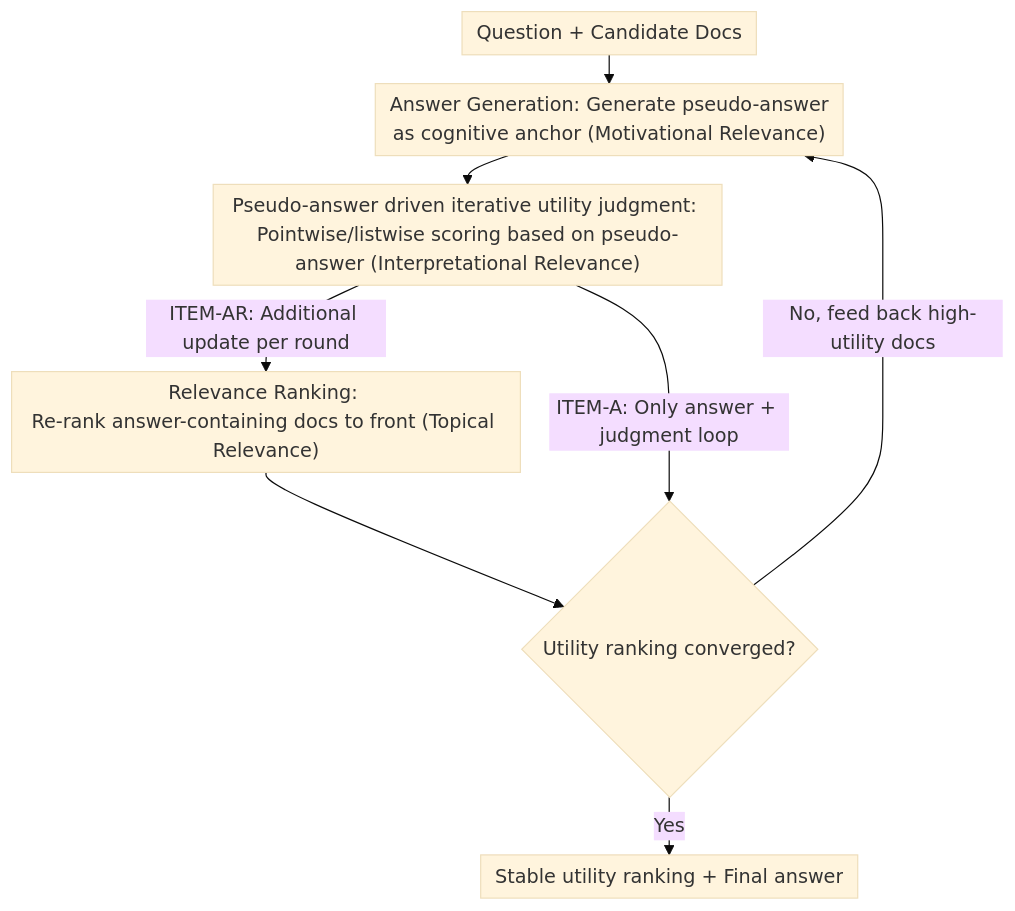
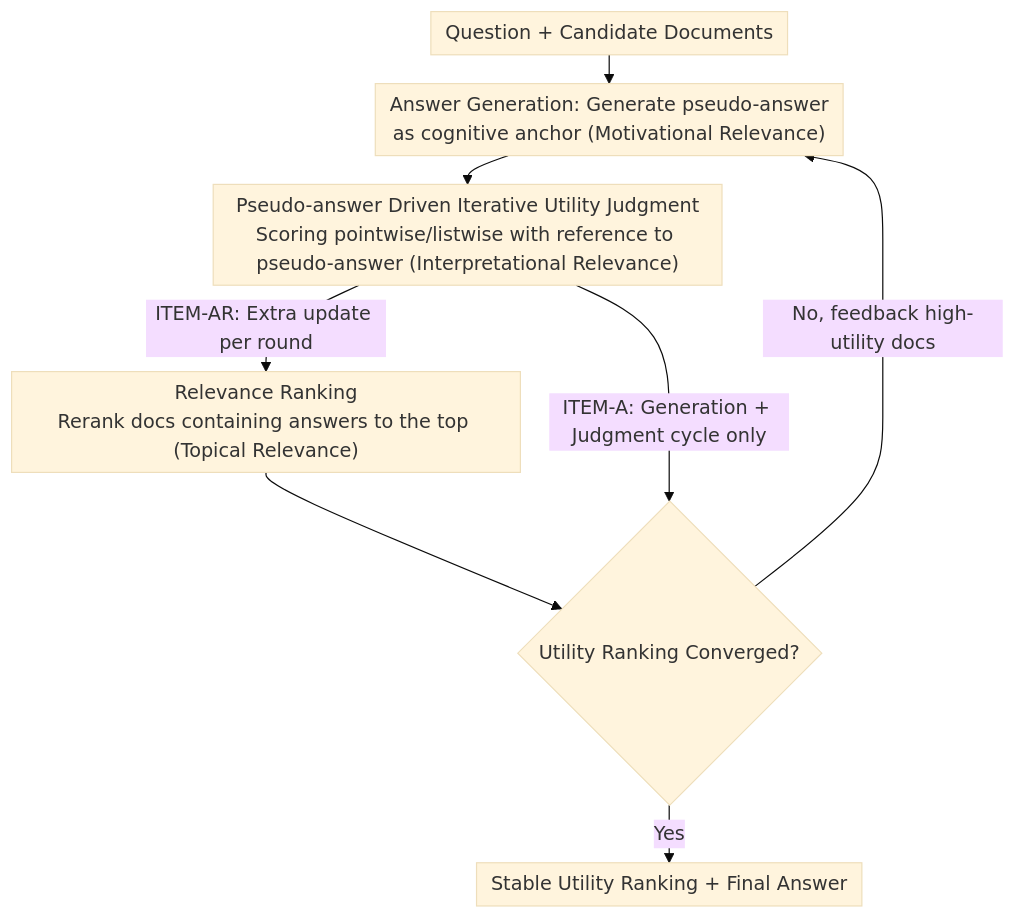
One commit to zhaoyang97/Paper-Notes-en changed the diagram in docs/ACL2026/information_retrieval/an_iterative_utility_judgment_framework_inspired_by_philosophical_relevance_via_.md. Above: the diagram before and after it, drawn with Mermaid (base theme). The commit also changed other lines of this file and 5084 other files, not shown here.

````diff
--- a/docs/ACL2026/information_retrieval/an_iterative_utility_judgment_framework_inspired_by_philosophical_relevance_via_.md
+++ b/docs/ACL2026/information_retrieval/an_iterative_utility_judgment_framework_inspired_by_philosophical_relevance_via_.md
@@ -44,11 +44,11 @@
 ```mermaid
 %%{init: {'flowchart': {'rankSpacing': 24, 'nodeSpacing': 28, 'padding': 6, 'wrappingWidth': 400}}}%%
 flowchart TD
-    A["Question + Candidate Docs"] --> B["Answer Generation: Generate pseudo-answer <br/>as cognitive anchor (Motivational Relevance)"]
-    B --> C["Pseudo-answer driven iterative utility judgment: <br/>Pointwise/listwise scoring based on pseudo-answer (Interpretational Relevance)"]
-    C -->|"ITEM-AR: Additional update per round"| D["Relevance Ranking: <br/>Re-rank answer-containing docs to front (Topical Relevance)"]
-    D --> E{"Utility ranking converged?"}
-    C -->|"ITEM-A: Only answer + judgment loop"| E
-    E -->|"No, feed back high-utility docs"| B
-    E -->|Yes| F["Stable utility ranking + Final answer"]
+    A["Question + Candidate Documents"] --> B["Answer Generation: Generate pseudo-answer<br/>as cognitive anchor (Motivational Relevance)"]
+    B --> C["Pseudo-answer Driven Iterative Utility Judgment<br/>Scoring pointwise/listwise with reference to pseudo-answer (Interpretational Relevance)"]
+    C -->|"ITEM-AR: Extra update per round"| D["Relevance Ranking<br/>Rerank docs containing answers to the top (Topical Relevance)"]
+    D --> E{"Utility Ranking Converged?"}
+    C -->|"ITEM-A: Generation + Judgment cycle only"| E
+    E -->|"No, feedback high-utility docs"| B
+    E -->|Yes| F["Stable Utility Ranking + Final Answer"]
 ```
````
